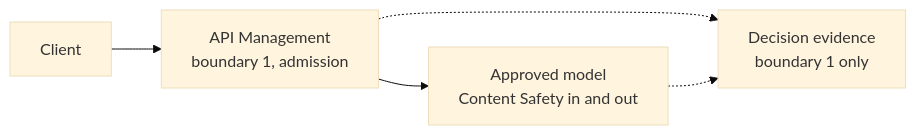
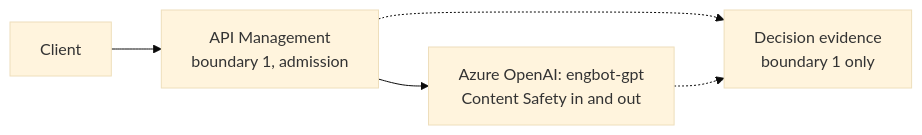
Before and after one commit to abhisheksinghcs/portfolio: the diagram in content/agent-lifecycle-01-define.md, drawn with Mermaid (base theme). The commit also changed other lines of this file and 2 other files, not shown here.

````diff
--- a/content/agent-lifecycle-01-define.md
+++ b/content/agent-lifecycle-01-define.md
@@ -77,11 +89,11 @@
 ```mermaid
 flowchart LR
     CLIENT["Client"]
     GATEWAY["API Management<br/>boundary 1, admission"]
-    MODEL["Approved model<br/>Content Safety in and out"]
+    MODEL["Azure OpenAI: engbot-gpt<br/>Content Safety in and out"]
     EVID["Decision evidence<br/>boundary 1 only"]
 
     CLIENT --> GATEWAY --> MODEL
     GATEWAY -.-> EVID
     MODEL -.-> EVID
 ```
````
